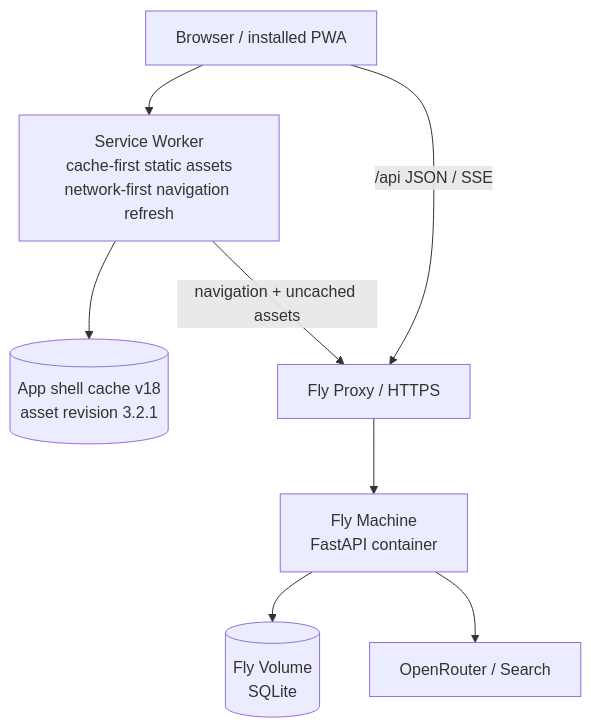
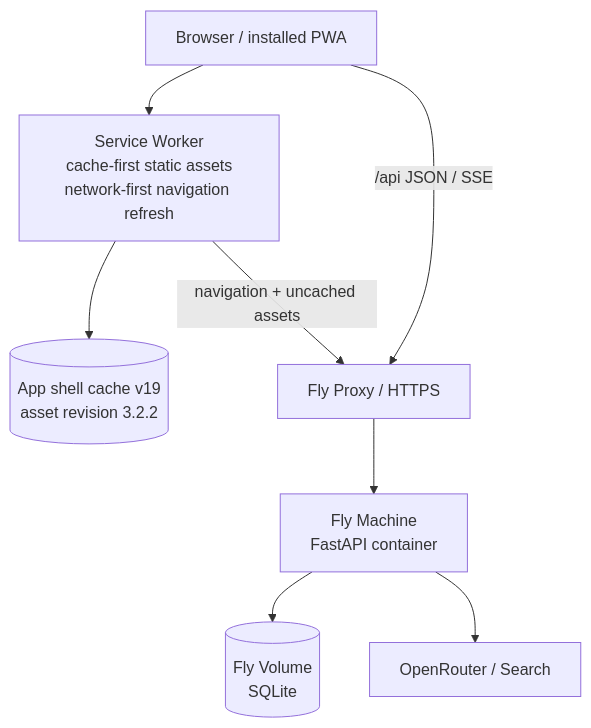
The sixth of 6 diagrams in docs/architecture.md (Teng91/running-shoes), drawn with Mermaid before and after one commit. The commit also changed other lines of this file and 28 other files, not shown here.

````diff
--- a/docs/architecture.md
+++ b/docs/architecture.md
@@ -218,18 +241,18 @@
 ```mermaid
 flowchart TB
     Browser[Browser / installed PWA]
     SW[Service Worker<br/>cache-first static assets<br/>network-first navigation refresh]
-    Shell[(App shell cache v18<br/>asset revision 3.2.1)]
+    Shell[(App shell cache v19<br/>asset revision 3.2.2)]
     FlyProxy[Fly Proxy / HTTPS]
     Machine[Fly Machine<br/>FastAPI container]
     Volume[(Fly Volume<br/>SQLite)]
     External[OpenRouter / Search]
 
     Browser --> SW
     SW --> Shell
     SW -->|navigation + uncached assets| FlyProxy
     Browser -->|/api JSON / SSE| FlyProxy
     FlyProxy --> Machine
     Machine --> Volume
     Machine --> External
 ```
````
